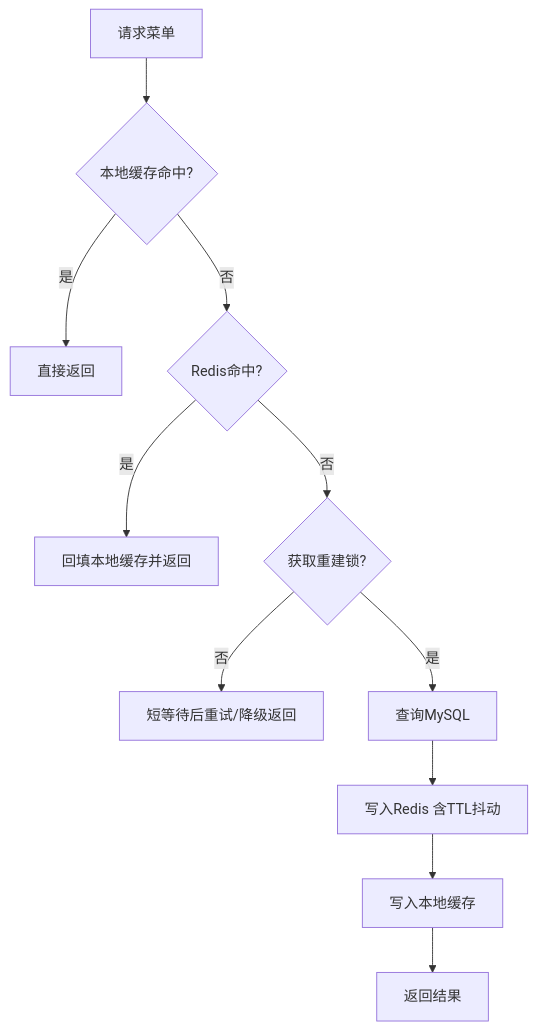
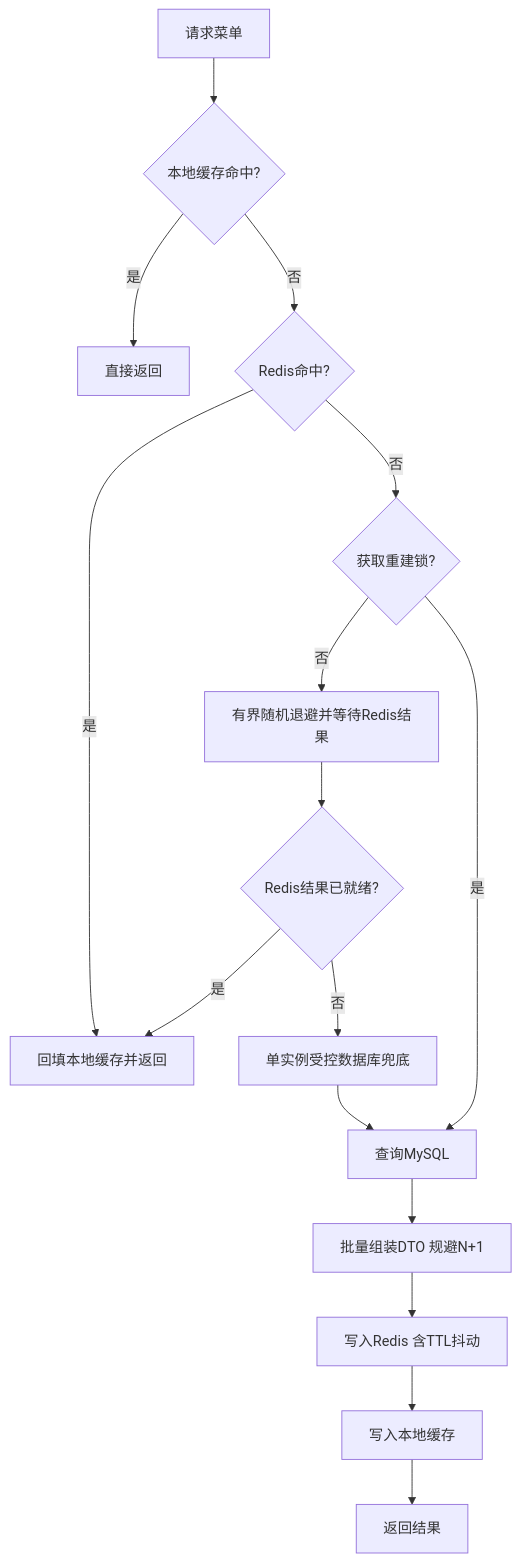
One commit to Lstarxing/cozy-coffee changed the third of 4 diagrams in README.md. Above: the diagram before and after it, drawn with Mermaid. The commit also changed other lines of this file and 4 other files, not shown here.

````diff
--- a/README.md
+++ b/README.md
@@ -126,13 +135,18 @@
 ```mermaid
 flowchart TD
     Q[请求菜单] --> L1{本地缓存命中?}
     L1 -- 是 --> RET1[直接返回]
     L1 -- 否 --> L2{Redis命中?}
     L2 -- 是 --> RET2[回填本地缓存并返回]
     L2 -- 否 --> LOCK{获取重建锁?}
-    LOCK -- 否 --> DEG[短等待后重试/降级返回]
+    LOCK -- 否 --> WAIT[有界随机退避并等待Redis结果]
+    WAIT --> READY{Redis结果已就绪?}
+    READY -- 是 --> RET2
+    READY -- 否 --> FALLBACK[单实例受控数据库兜底]
+    FALLBACK --> DBQ
     LOCK -- 是 --> DBQ[查询MySQL]
-    DBQ --> W1[写入Redis 含TTL抖动]
+    DBQ --> BATCH[批量组装DTO 规避N+1]
+    BATCH --> W1[写入Redis 含TTL抖动]
     W1 --> W2[写入本地缓存]
     W2 --> RET3[返回结果]
 ```
````
